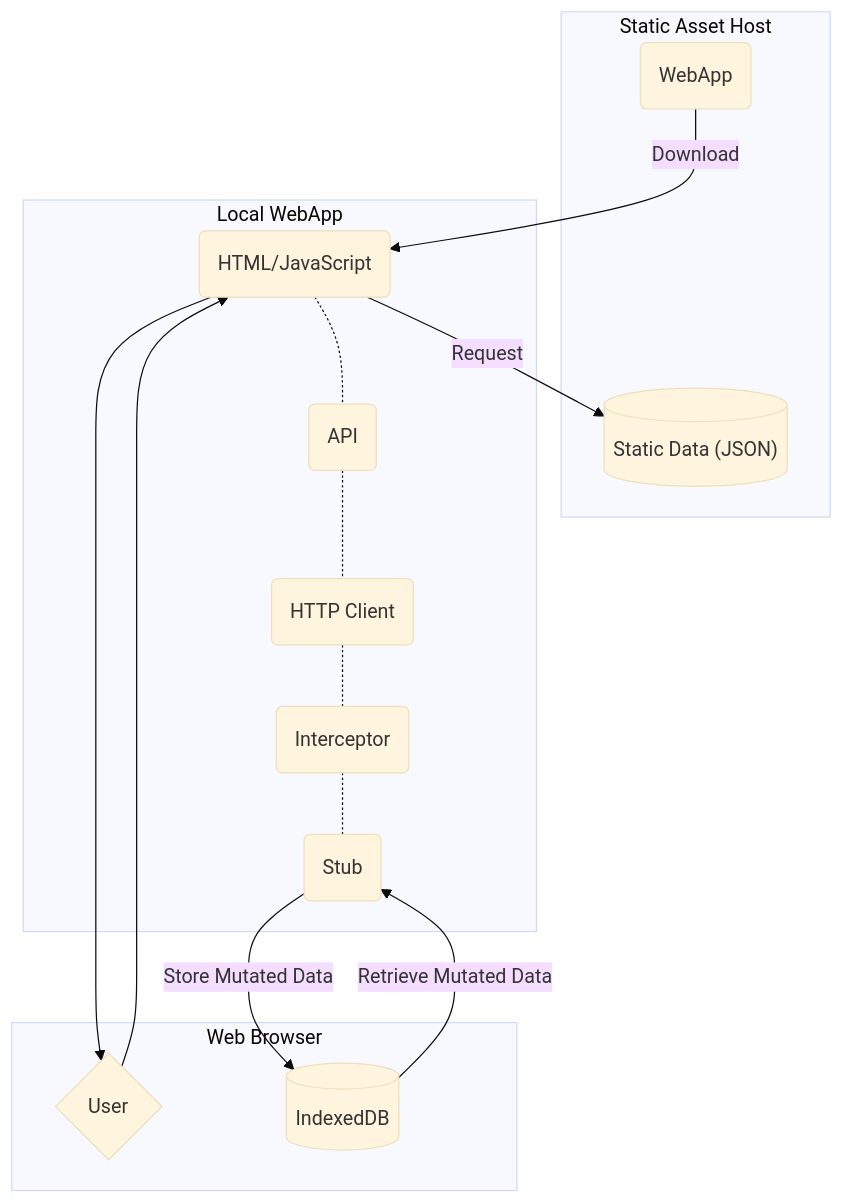
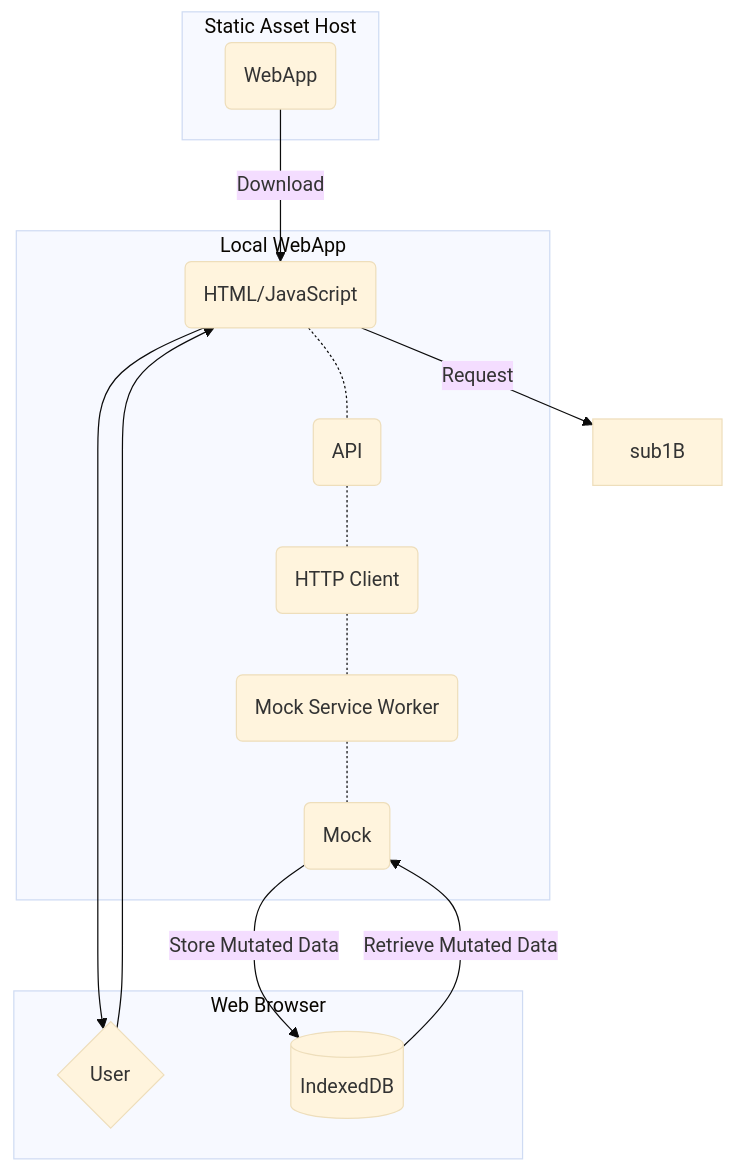
Before and after one commit to nader-eloshaiker/screen-geometry-app: the first of 2 diagrams in README.md, drawn with Mermaid (base theme). The commit also changed other lines of this file, not shown here.

````diff
--- a/README.md
+++ b/README.md
@@ -83,34 +80,33 @@
 ```mermaid
 graph TB
 subgraph sub1[Static Asset Host]
 sub1A("WebApp")
-sub1B[("Static Data (JSON)")]
 end
 
 subgraph sub2[Web Browser]
 sub2A{User}
 sub2B[(IndexedDB)]
 end
 
 subgraph sub3[Local WebApp]
 sub3A(HTML/JavaScript)
 sub3B(API)
 sub3C(HTTP Client)
-sub3D(Interceptor)
-sub3E(Stub)
+sub3D(Mock Service Worker)
+sub3E(Mock)
 end
 
 sub1A -- Download--> sub3A
 sub3A --Request--> sub1B
 
 sub3A --> sub2A
 sub2A --> sub3A
 
 sub3A -.- sub3B
 sub3B -.- sub3C
 sub3C -.- sub3D
 sub3D -.- sub3E
 
 sub3E --Store Mutated Data--> sub2B
 sub2B --Retrieve Mutated Data--> sub3E
 ```
````
